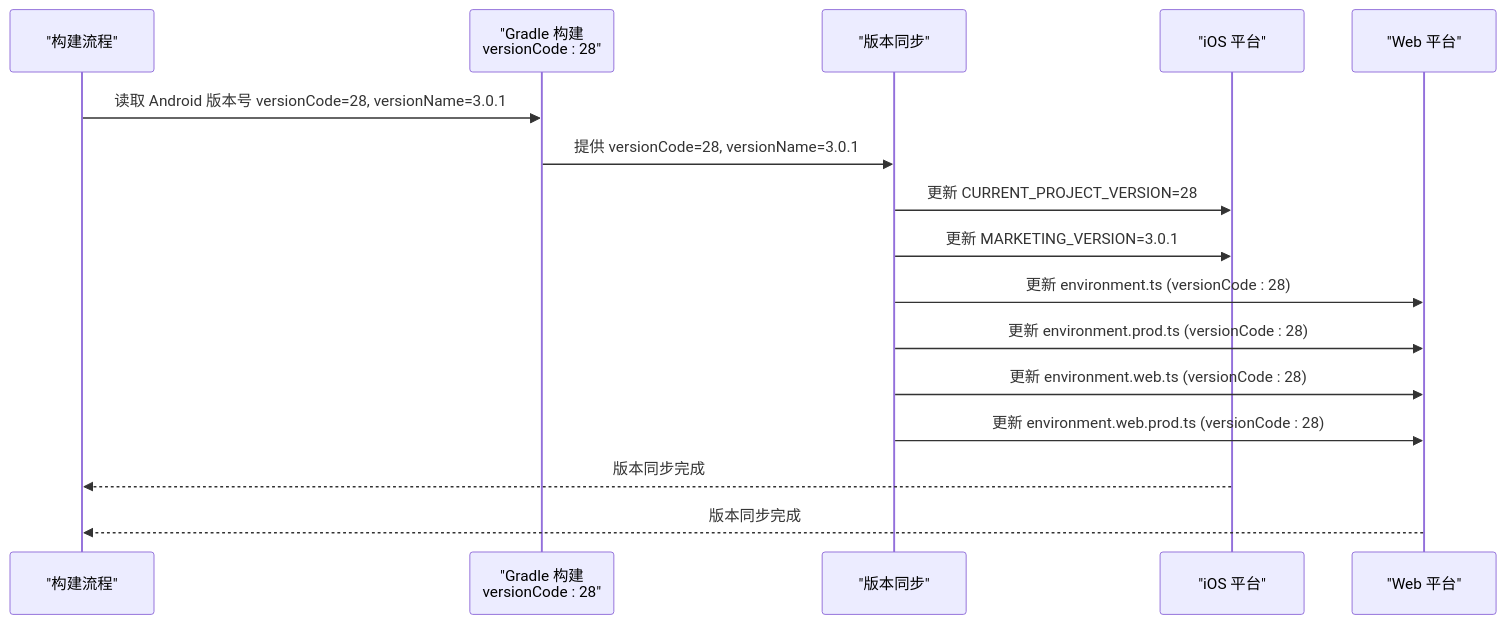
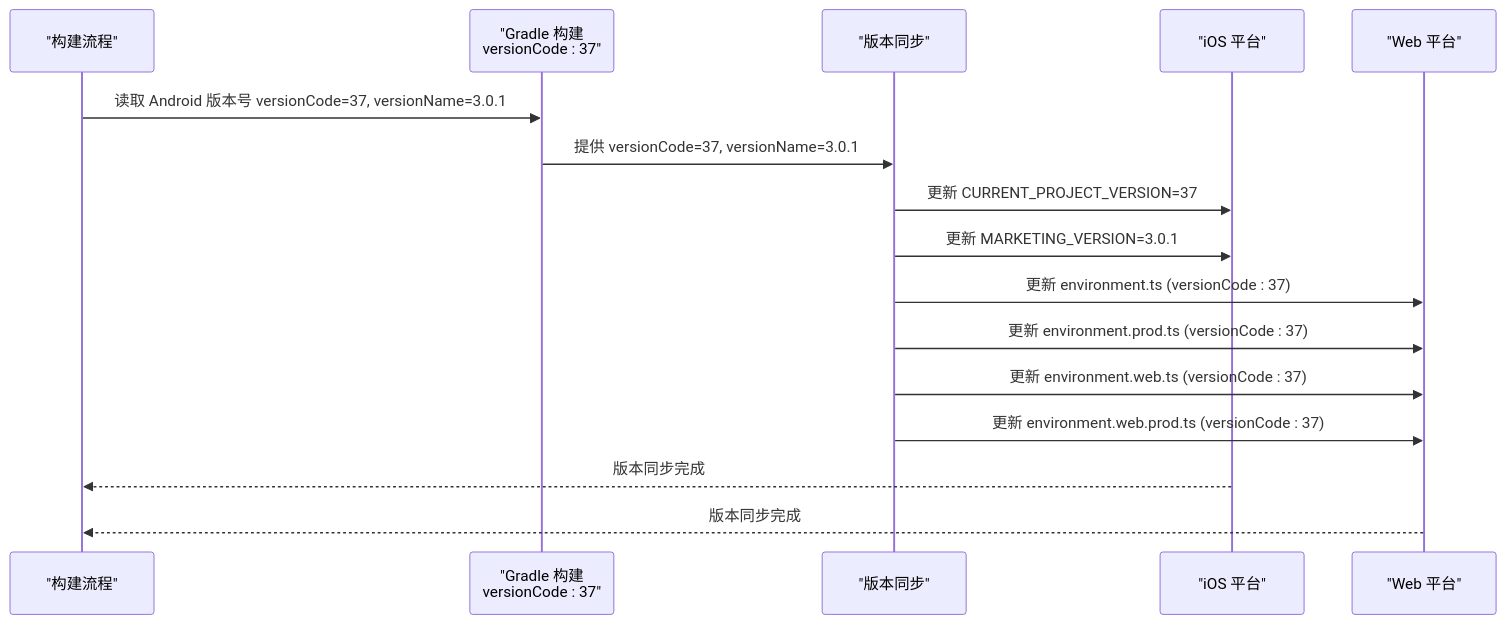
The fifth of 6 diagrams in .qoder/repowiki/zh/content/构建与部署/构建配置.md (tea4go/Macro-Deck-Client-App), drawn with Mermaid before and after one commit. The commit also changed other lines of this file and 39 other files, not shown here.

````diff
--- a/.qoder/repowiki/zh/content/构建与部署/构建配置.md
+++ b/.qoder/repowiki/zh/content/构建与部署/构建配置.md
@@ -907,18 +907,18 @@
 ```mermaid
 sequenceDiagram
 participant Build as "构建流程"
-participant Gradle as "Gradle 构建<br/>versionCode : 28"
+participant Gradle as "Gradle 构建<br/>versionCode : 37"
 participant Sync as "版本同步"
 participant iOS as "iOS 平台"
 participant Web as "Web 平台"
-Build->>Gradle : 读取 Android 版本号 versionCode=28, versionName=3.0.1
-Gradle->>Sync : 提供 versionCode=28, versionName=3.0.1
-Sync->>iOS : 更新 CURRENT_PROJECT_VERSION=28
+Build->>Gradle : 读取 Android 版本号 versionCode=37, versionName=3.0.1
+Gradle->>Sync : 提供 versionCode=37, versionName=3.0.1
+Sync->>iOS : 更新 CURRENT_PROJECT_VERSION=37
 Sync->>iOS : 更新 MARKETING_VERSION=3.0.1
-Sync->>Web : 更新 environment.ts (versionCode : 28)
-Sync->>Web : 更新 environment.prod.ts (versionCode : 28)
-Sync->>Web : 更新 environment.web.ts (versionCode : 28)
-Sync->>Web : 更新 environment.web.prod.ts (versionCode : 28)
+Sync->>Web : 更新 environment.ts (versionCode : 37)
+Sync->>Web : 更新 environment.prod.ts (versionCode : 37)
+Sync->>Web : 更新 environment.web.ts (versionCode : 37)
+Sync->>Web : 更新 environment.web.prod.ts (versionCode : 37)
 iOS-->>Build : 版本同步完成
 Web-->>Build : 版本同步完成
 ```
````
